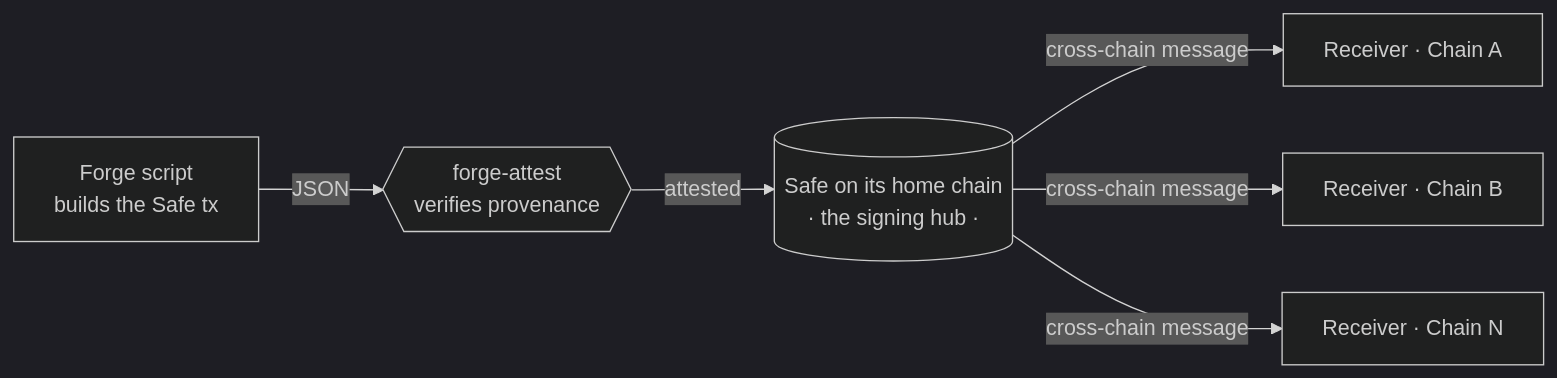
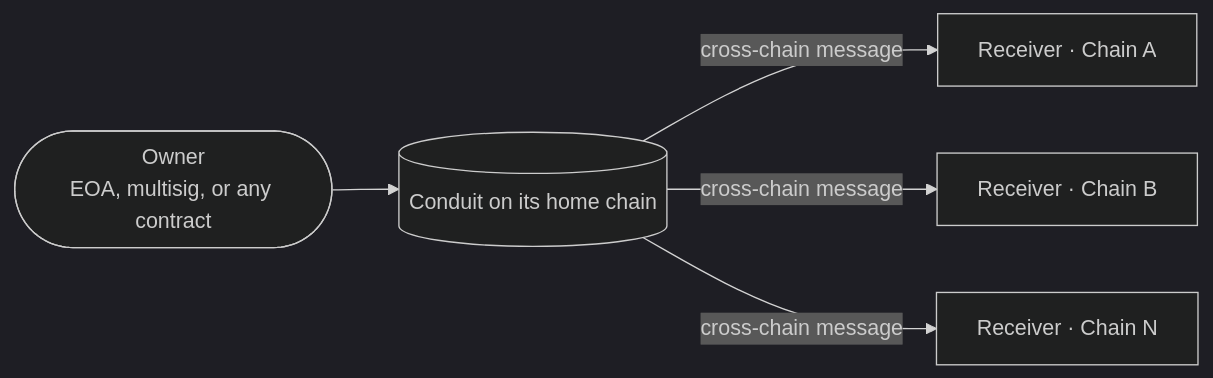
Before and after one commit to crossecute/.github: the diagram in profile/README.md, drawn with Mermaid (dark theme). The commit also changed other lines of this file and 1 other file, not shown here.

First line of the commit message:
docs(profile): describe the owner as any address, not a Safe

````diff
--- a/profile/README.md
+++ b/profile/README.md
@@ -33,8 +33,7 @@
 ```mermaid
 flowchart LR
-  script["Forge script<br/>builds the Safe tx"] -->|JSON| attest{{"forge-attest<br/>verifies provenance"}}
-  attest -->|attested| safe[("Safe on its home chain<br/>· the signing hub ·")]
-  safe -->|cross-chain message| a["Receiver · Chain A"]
-  safe -->|cross-chain message| b["Receiver · Chain B"]
-  safe -->|cross-chain message| n["Receiver · Chain N"]
+  owner(["Owner<br/>EOA, multisig, or any contract"]) --> home[("Conduit on its home chain")]
+  home -->|cross-chain message| a["Receiver · Chain A"]
+  home -->|cross-chain message| b["Receiver · Chain B"]
+  home -->|cross-chain message| n["Receiver · Chain N"]
 ```
````
